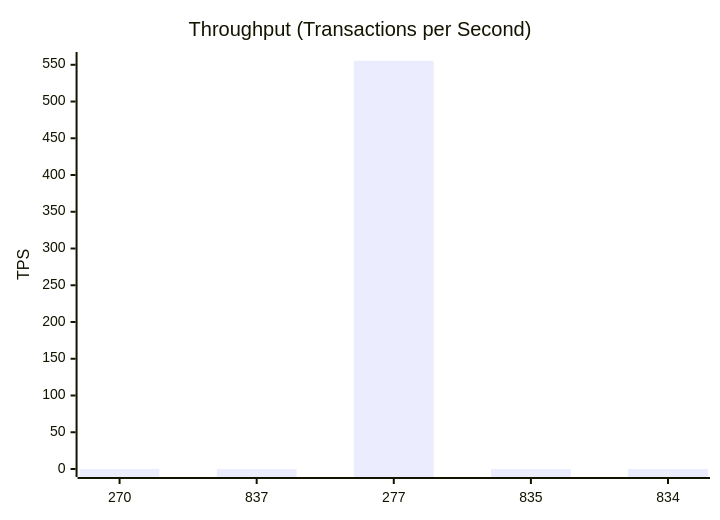
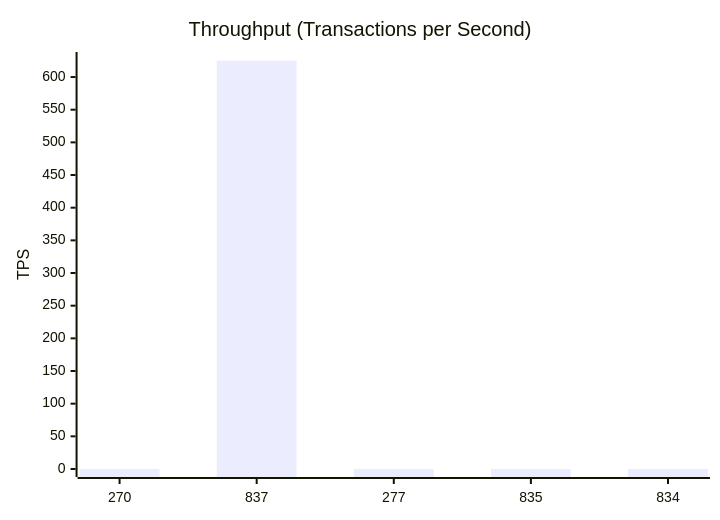
Before and after one commit to dhagan-va/intern-2025: the third of 11 diagrams in test-tools/DataGen/src/Statistics_Visualizer.md, drawn with Mermaid. The commit also changed other lines of this file and 2 other files, not shown here.

````diff
--- a/test-tools/DataGen/src/Statistics_Visualizer.md
+++ b/test-tools/DataGen/src/Statistics_Visualizer.md
@@ -40,7 +40,7 @@
 ```mermaid
 xychart-beta
     title "Throughput (Transactions per Second)"
     x-axis ["270", "837", "277", "835", "834"]
-    y-axis "TPS" 0 --> 556.4938340184424
-    bar [0.0, 0.0, 555.4938340184424, 0.0, 0.0]
+    y-axis "TPS" 0 --> 626.0781347668459
+    bar [0.0, 625.0781347668459, 0.0, 0.0, 0.0]
 ```
````
